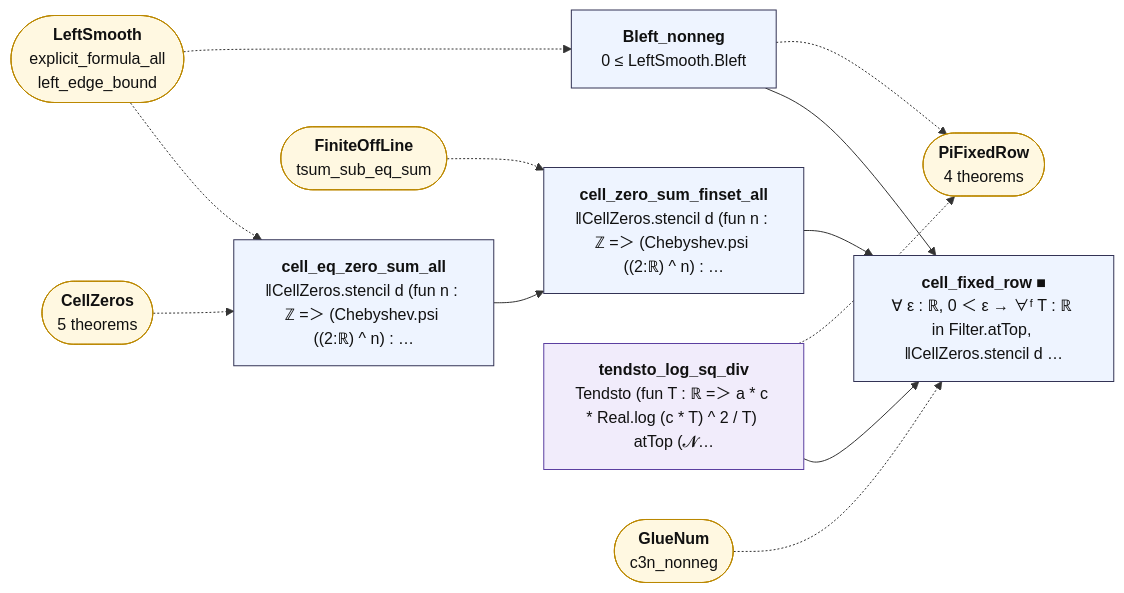
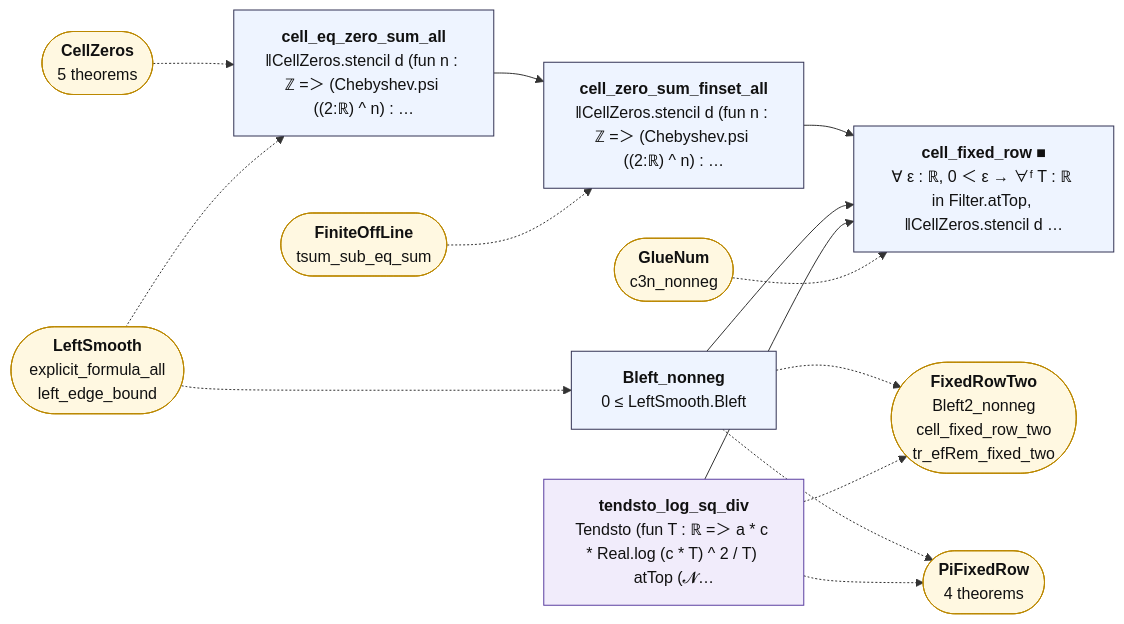
Before and after one commit to juliansambranojr/Primebeat_081426: the diagram in map/lean_stage3/CellFixedRow.mmd, drawn with Mermaid. The commit also changed 49 other files, not shown here.

```diff
--- a/map/lean_stage3/CellFixedRow.mmd
+++ b/map/lean_stage3/CellFixedRow.mmd
@@ -1,30 +1,33 @@
 flowchart LR
   n0["<b>cell_eq_zero_sum_all</b><br/>‖CellZeros.stencil d (fun n : ℤ =＞ (Chebyshev.psi ((2:ℝ) ^ n) : …"]:::thm
   n1["<b>cell_zero_sum_finset_all</b><br/>‖CellZeros.stencil d (fun n : ℤ =＞ (Chebyshev.psi ((2:ℝ) ^ n) : …"]:::thm
   n2["<b>Bleft_nonneg</b><br/>0 ≤ LeftSmooth.Bleft"]:::thm
   n3["<b>tendsto_log_sq_div</b><br/>Tendsto (fun T : ℝ =＞ a * c * Real.log (c * T) ^ 2 / T) atTop (𝓝…"]:::shp
   n4["<b>cell_fixed_row ■</b><br/>∀ ε : ℝ, 0 ＜ ε → ∀ᶠ T : ℝ in Filter.atTop, ‖CellZeros.stencil d …"]:::thm
   x0(["<b>CellZeros</b><br/>5 theorems"]):::ext
   x1(["<b>LeftSmooth</b><br/>explicit_formula_all<br/>left_edge_bound"]):::ext
   x2(["<b>FiniteOffLine</b><br/>tsum_sub_eq_sum"]):::ext
-  x3(["<b>PiFixedRow</b><br/>4 theorems"]):::ext
-  x4(["<b>GlueNum</b><br/>c3n_nonneg"]):::ext
+  x3(["<b>FixedRowTwo</b><br/>Bleft2_nonneg<br/>cell_fixed_row_two<br/>tr_efRem_fixed_two"]):::ext
+  x4(["<b>PiFixedRow</b><br/>4 theorems"]):::ext
+  x5(["<b>GlueNum</b><br/>c3n_nonneg"]):::ext
   n0 --> n1
   n1 --> n4
   n2 --> n4
   n3 --> n4
   n2 -.-> x3
+  n2 -.-> x4
   n3 -.-> x3
+  n3 -.-> x4
   x0 -.-> n0
   x1 -.-> n0
   x1 -.-> n2
   x2 -.-> n1
-  x4 -.-> n4
+  x5 -.-> n4
   classDef cnt fill:#dff5ec,stroke:#17694a,color:#111
   classDef shp fill:#f1ecfb,stroke:#5b3fa0,color:#111
   classDef rh fill:#ffe5e5,stroke:#c22,color:#111,stroke-width:2px
   classDef thm fill:#eef4ff,stroke:#335,color:#111
   classDef end_ fill:#e7f7e7,stroke:#2a7,color:#111,stroke-width:2px
   classDef lone fill:#fff,stroke:#999,color:#111,stroke-dasharray:4 3
   classDef bad fill:#ffe5e5,stroke:#c22,color:#111,stroke-width:2px
   classDef ext fill:#fff8e1,stroke:#b80,color:#111
```
